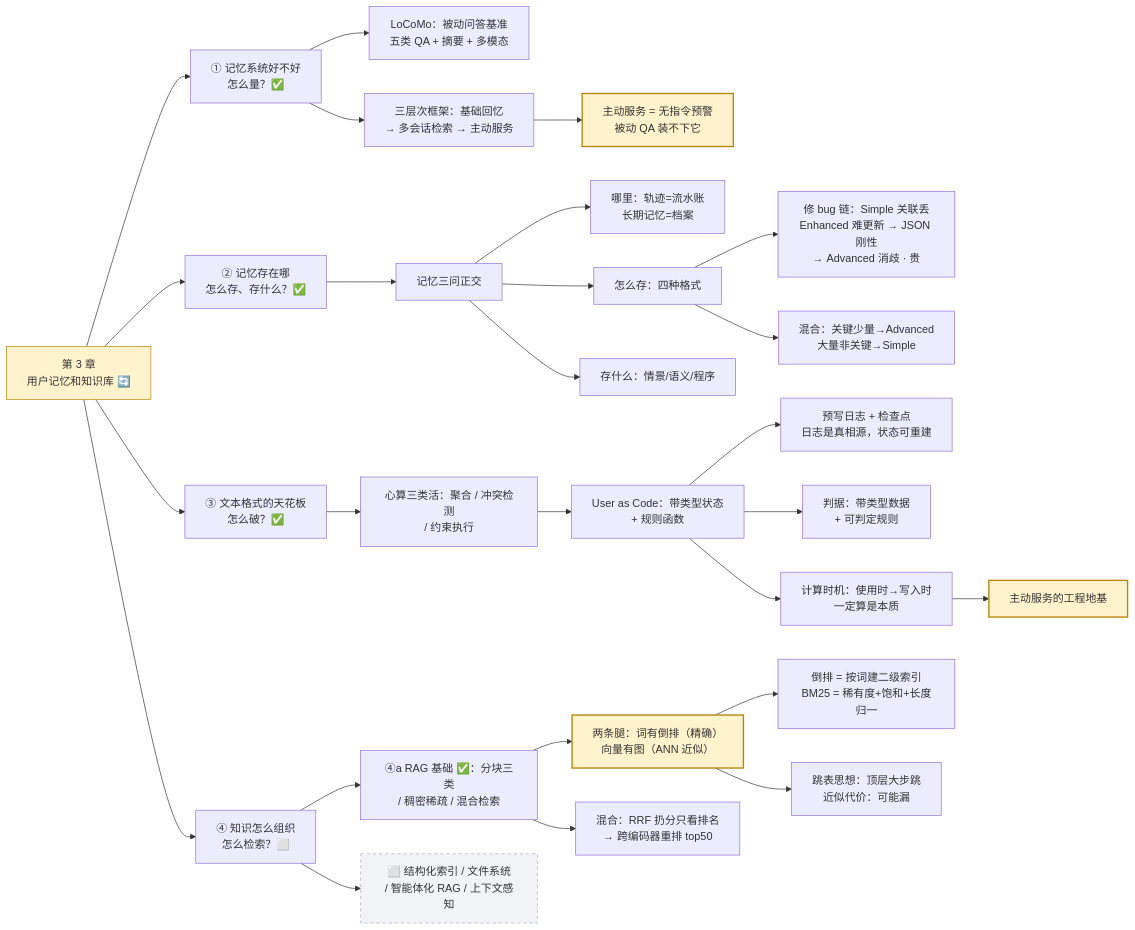
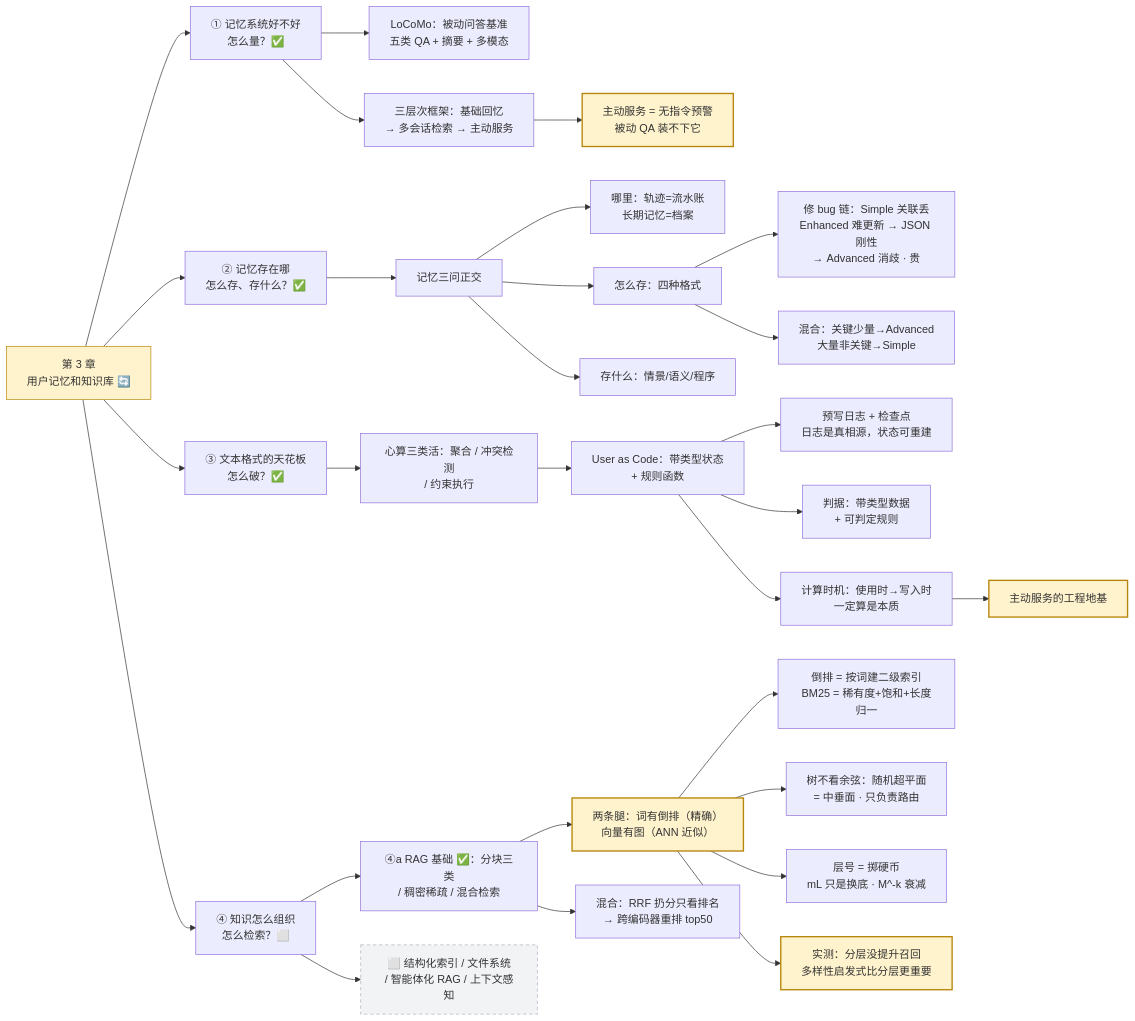
Before and after one commit to dongxuanmang/dongxuanmang.github.io: the fourth of 4 diagrams in source/agent-book/index.md, drawn with Mermaid. The commit also changed other lines of this file and 9 other files, not shown here.

```diff
--- a/source/agent-book/index.md
+++ b/source/agent-book/index.md
@@ -153,39 +153,42 @@
 {% mermaid %}
 graph LR
     CH3["第 3 章<br/>用户记忆和知识库 🔄"] --> Q1["① 记忆系统好不好<br/>怎么量？✅"]
     CH3 --> Q2["② 记忆存在哪<br/>怎么存、存什么？✅"]
     CH3 --> Q3["③ 文本格式的天花板<br/>怎么破？✅"]
     CH3 --> Q4["④ 知识怎么组织<br/>怎么检索？⬜"]
 
     Q1 --> A1["LoCoMo：被动问答基准<br/>五类 QA + 摘要 + 多模态"]
     Q1 --> A2["三层次框架：基础回忆<br/>→ 多会话检索 → 主动服务"]
     A2 --> A3["主动服务 = 无指令预警<br/>被动 QA 装不下它"]
 
     Q2 --> B1["记忆三问正交"]
     B1 --> B11["哪里：轨迹=流水账<br/>长期记忆=档案"]
     B1 --> B12["怎么存：四种格式"]
     B1 --> B13["存什么：情景/语义/程序"]
     B12 --> B14["修 bug 链：Simple 关联丢<br/>Enhanced 难更新 → JSON 刚性<br/>→ Advanced 消歧 · 贵"]
     B12 --> B15["混合：关键少量→Advanced<br/>大量非关键→Simple"]
 
     Q3 --> C1["心算三类活：聚合 / 冲突检测<br/>/ 约束执行"]
     C1 --> C2["User as Code：带类型状态<br/>+ 规则函数"]
     C2 --> C3["预写日志 + 检查点<br/>日志是真相源，状态可重建"]
     C2 --> C4["判据：带类型数据<br/>+ 可判定规则"]
     C2 --> C5["计算时机：使用时→写入时<br/>一定算是本质"]
     C5 --> C6["主动服务的工程地基"]
 
     Q4 --> D1["④a RAG 基础 ✅：分块三类<br/>/ 稠密稀疏 / 混合检索"]
     Q4 --> D2["⬜ 结构化索引 / 文件系统<br/>/ 智能体化 RAG / 上下文感知"]
 
     D1 --> D11["两条腿：词有倒排（精确）<br/>向量有图（ANN 近似）"]
     D11 --> D12["倒排 = 按词建二级索引<br/>BM25 = 稀有度+饱和+长度归一"]
-    D11 --> D13["跳表思想：顶层大步跳<br/>近似代价：可能漏"]
+    D11 --> D13["树不看余弦：随机超平面<br/>= 中垂面 · 只负责路由"]
+    D11 --> D15["层号 = 掷硬币<br/>mL 只是换底 · M^-k 衰减"]
+    D11 --> D16["实测：分层没提升召回<br/>多样性启发式比分层更重要"]
     D1 --> D14["混合：RRF 扔分只看排名<br/>→ 跨编码器重排 top50"]
 
     style CH3 fill:#fff3cd,stroke:#b8860b
     style A3 fill:#fff3cd,stroke:#b8860b,stroke-width:2px
     style C6 fill:#fff3cd,stroke:#b8860b,stroke-width:2px
     style D11 fill:#fff3cd,stroke:#b8860b,stroke-width:2px
+    style D16 fill:#fff3cd,stroke:#b8860b,stroke-width:2px
     style D2 fill:#f1f3f5,stroke:#adb5bd,stroke-dasharray:5 4
 {% endmermaid %}
```
